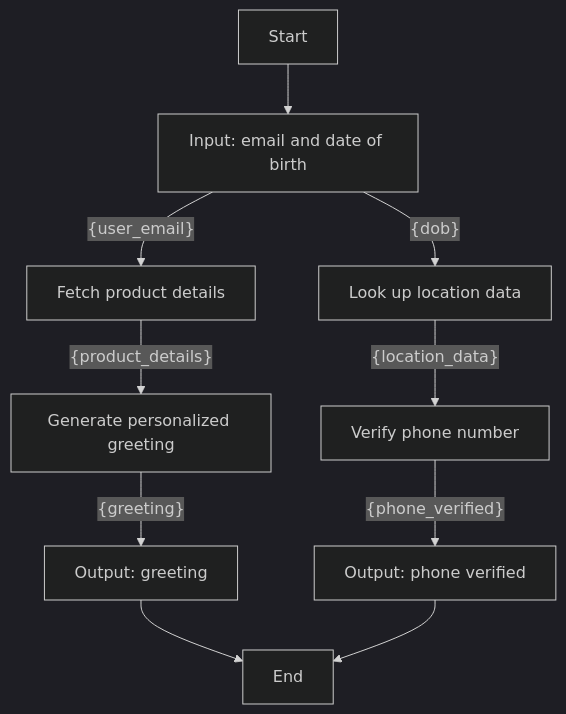
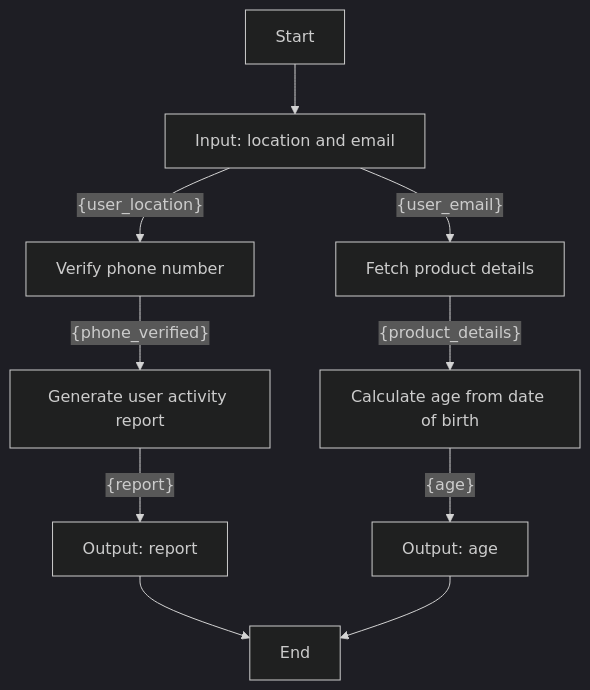
The diagram in poc-dsl-compiler/input/workflows/workflow_4.md (YJ-928/Temporal-Python-SDK), drawn with Mermaid (dark theme) before and after one commit. The commit also changed 48 other files, not shown here.

````diff
--- a/poc-dsl-compiler/input/workflows/workflow_4.md
+++ b/poc-dsl-compiler/input/workflows/workflow_4.md
@@ -1,12 +1,12 @@
 ```mermaid
 graph TD
-    A[Start] --> B[Input: email and date of birth]
-    B[Input: email and date of birth] -- {user_email} --> C[Fetch product details]
-    C[Fetch product details] -- {product_details} --> D[Generate personalized greeting]
-    D[Generate personalized greeting] -- {greeting} --> E[Output: greeting]
-    E[Output: greeting] --> I[End]
-    B[Input: email and date of birth] -- {dob} --> F[Look up location data]
-    F[Look up location data] -- {location_data} --> G[Verify phone number]
-    G[Verify phone number] -- {phone_verified} --> H[Output: phone verified]
-    H[Output: phone verified] --> I[End]
+    A[Start] --> B[Input: location and email]
+    B[Input: location and email] -- {user_location} --> C[Verify phone number]
+    C[Verify phone number] -- {phone_verified} --> D[Generate user activity report]
+    D[Generate user activity report] -- {report} --> E[Output: report]
+    E[Output: report] --> I[End]
+    B[Input: location and email] -- {user_email} --> F[Fetch product details]
+    F[Fetch product details] -- {product_details} --> G[Calculate age from date of birth]
+    G[Calculate age from date of birth] -- {age} --> H[Output: age]
+    H[Output: age] --> I[End]
 ```
````
